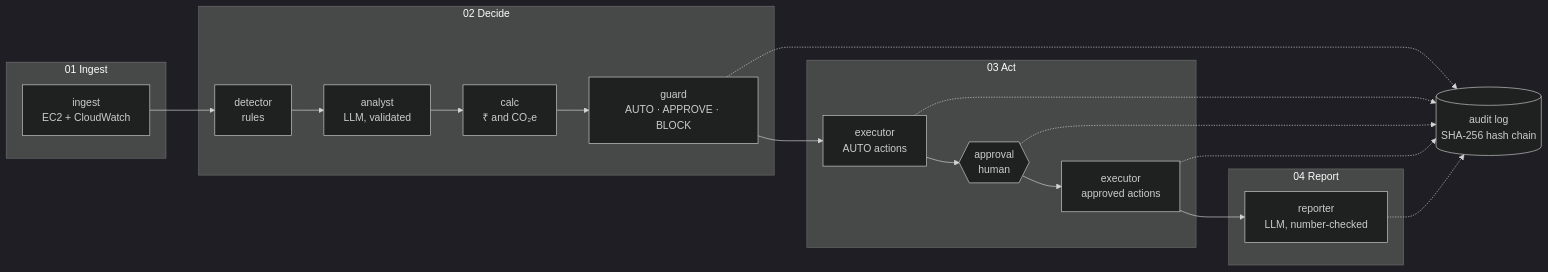
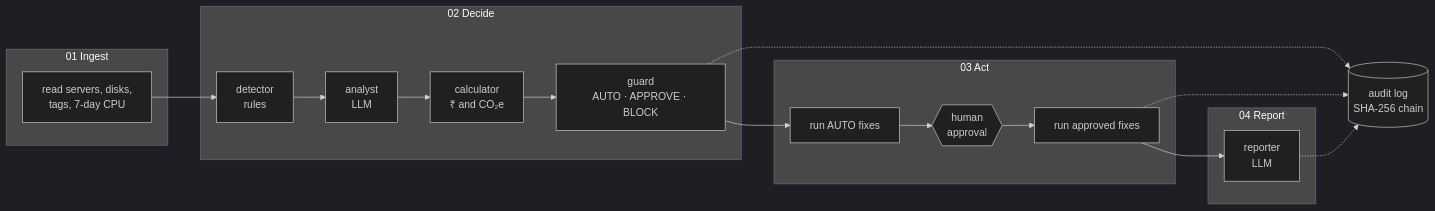
Before and after one commit to Sriharsha-dev369/CarbonOps: the diagram in README.md, drawn with Mermaid (dark theme). The commit also changed other lines of this file, not shown here.

````diff
--- a/README.md
+++ b/README.md
@@ -14,23 +56,21 @@
 ```mermaid
 flowchart LR
   subgraph S1["01 Ingest"]
-    ingest["ingest<br/>EC2 + CloudWatch"]
+    ingest["read servers, disks,<br/>tags, 7-day CPU"]
   end
   subgraph S2["02 Decide"]
-    detector["detector<br/>rules"] --> analyst["analyst<br/>LLM, validated"] --> calc["calc<br/>₹ and CO₂e"] --> guard["guard<br/>AUTO · APPROVE · BLOCK"]
+    detector["detector<br/>rules"] --> analyst["analyst<br/>LLM"] --> calc["calculator<br/>₹ and CO₂e"] --> guard["guard<br/>AUTO · APPROVE · BLOCK"]
   end
   subgraph S3["03 Act"]
-    auto["executor<br/>AUTO actions"] --> approval{{"approval<br/>human"}} --> exec["executor<br/>approved actions"]
+    auto["run AUTO fixes"] --> approval{{"human<br/>approval"}} --> exec["run approved fixes"]
   end
   subgraph S4["04 Report"]
-    report["reporter<br/>LLM, number-checked"]
+    report["reporter<br/>LLM"]
   end
   ingest --> detector
   guard --> auto
   exec --> report
-  guard -.-> log[("audit log<br/>SHA-256 hash chain")]
-  auto -.-> log
-  approval -.-> log
+  guard -.-> log[("audit log<br/>SHA-256 chain")]
   exec -.-> log
   report -.-> log
 ```
````
